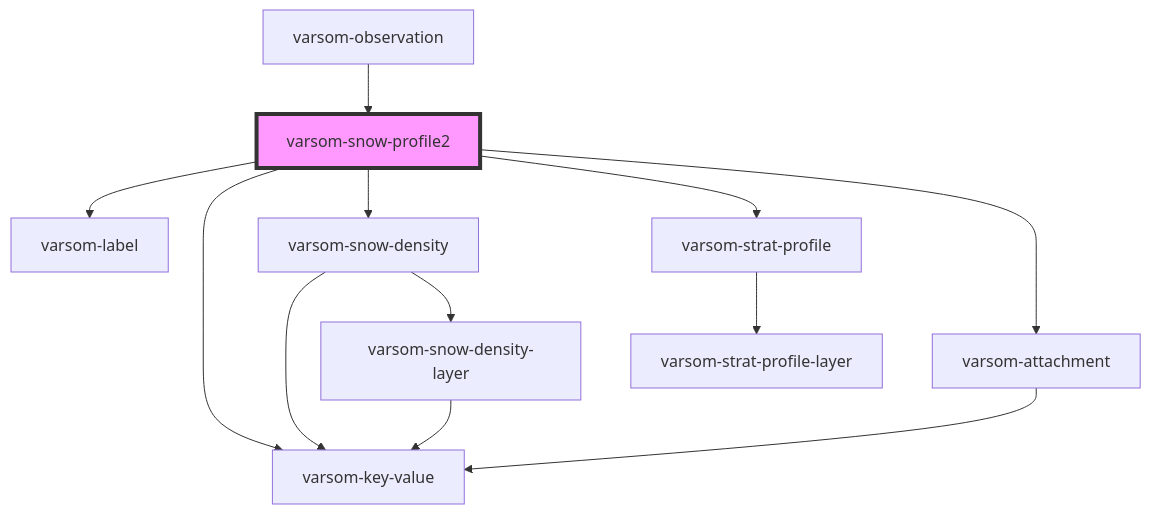
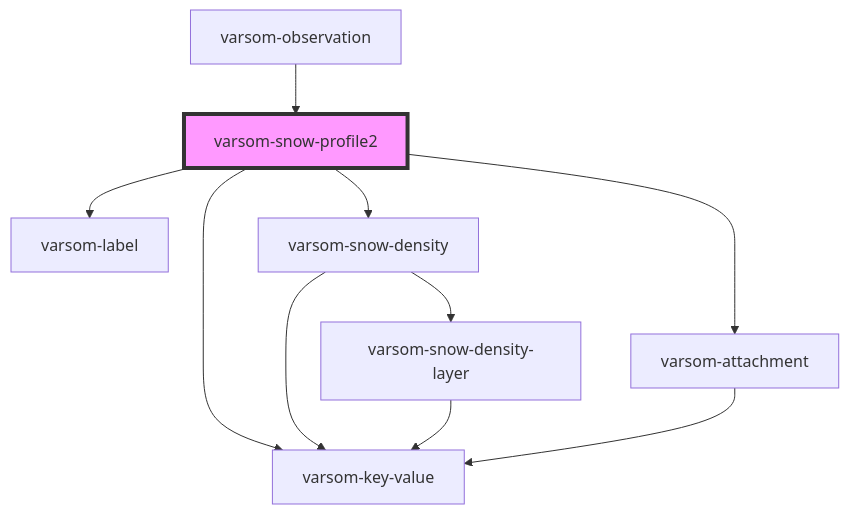
The diagram in src/components/varsom-snow-profile2/readme.md (NVE/varsom-observation), drawn with Mermaid before and after one commit. The commit also changed other lines of this file and 7 other files, not shown here.

````diff
--- a/src/components/varsom-snow-profile2/readme.md
+++ b/src/components/varsom-snow-profile2/readme.md
@@ -42,15 +41,13 @@
 ```mermaid
 graph TD;
   varsom-snow-profile2 --> varsom-label
   varsom-snow-profile2 --> varsom-key-value
   varsom-snow-profile2 --> varsom-snow-density
-  varsom-snow-profile2 --> varsom-strat-profile
   varsom-snow-profile2 --> varsom-attachment
   varsom-snow-density --> varsom-key-value
   varsom-snow-density --> varsom-snow-density-layer
   varsom-snow-density-layer --> varsom-key-value
-  varsom-strat-profile --> varsom-strat-profile-layer
   varsom-attachment --> varsom-key-value
   varsom-observation --> varsom-snow-profile2
   style varsom-snow-profile2 fill:#f9f,stroke:#333,stroke-width:4px
 ```
````
